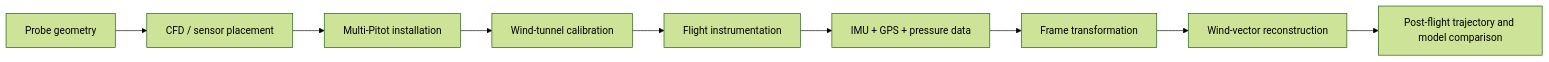
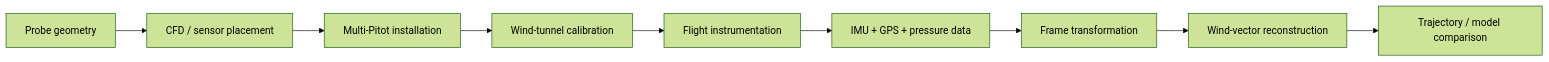
The diagram in README.md (kosmicplane/CUBE-SAT-FLIGHT-DYNAMICS-PITOTS), drawn with Mermaid (forest theme) before and after one commit. The commit also changed other lines of this file, not shown here.

```diff
--- a/README.md
+++ b/README.md
@@ -147,11 +29,11 @@
 ~~~mermaid
 flowchart LR
     A[Probe geometry] --> B[CFD / sensor placement]
     B --> C[Multi-Pitot installation]
     C --> D[Wind-tunnel calibration]
     D --> E[Flight instrumentation]
     E --> F[IMU + GPS + pressure data]
     F --> G[Frame transformation]
     G --> H[Wind-vector reconstruction]
-    H --> I[Post-flight trajectory and model comparison]
+    H --> I[Trajectory / model comparison]
 ~~~
```
